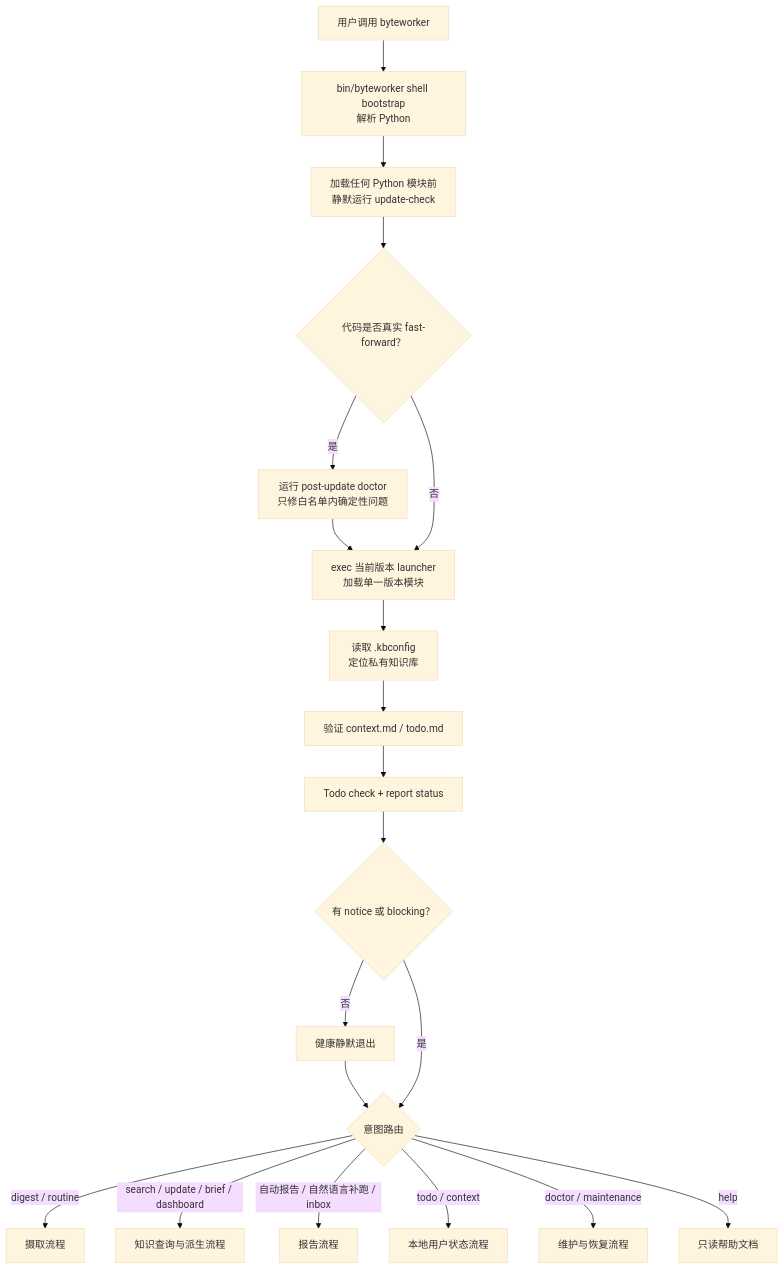
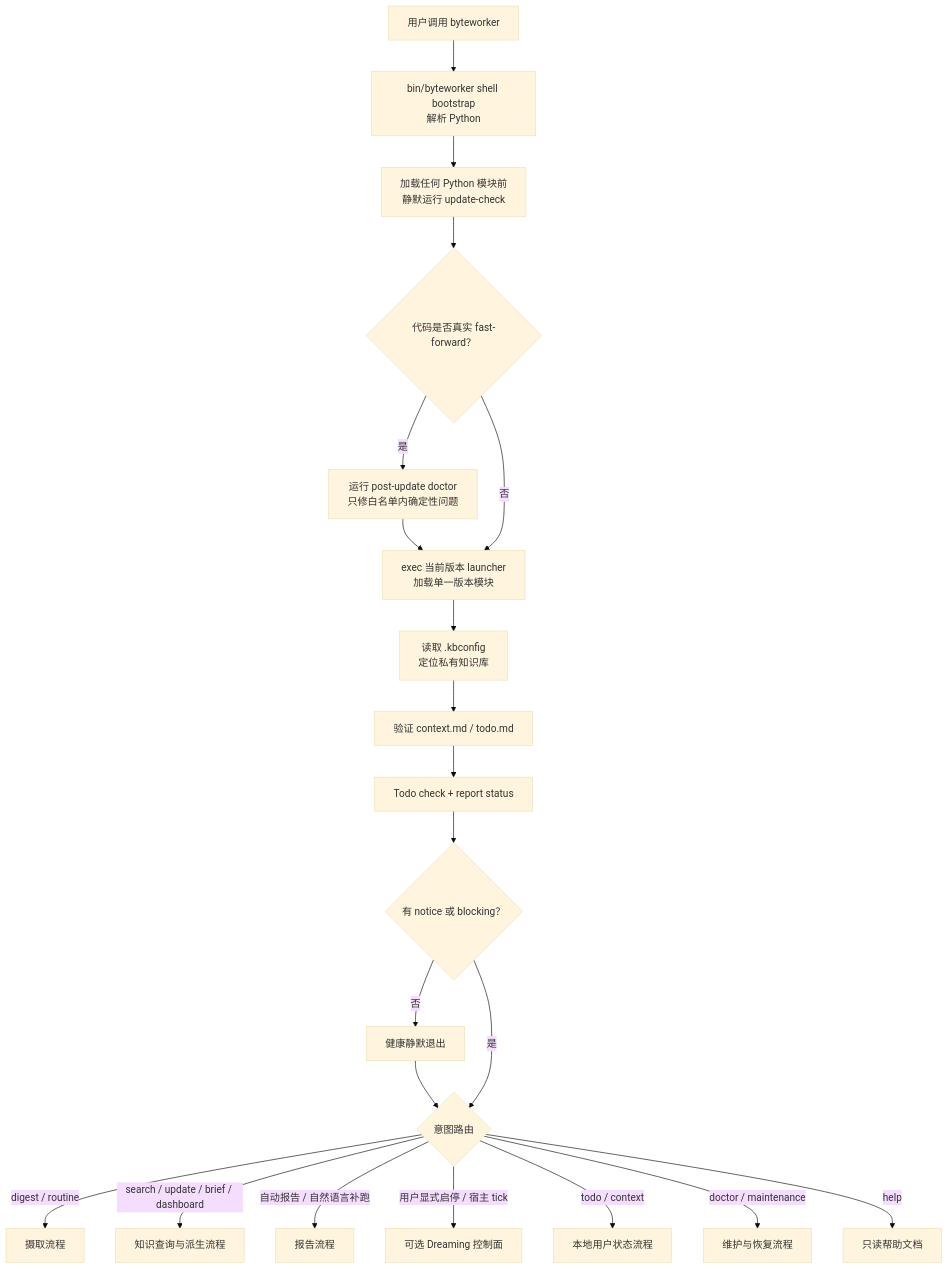
Before and after one commit to ranjiao/byteworker: the fourth of 19 diagrams in ARCHITECTURE.md, drawn with Mermaid (base theme). The commit also changed other lines of this file and 79 other files, not shown here.

````diff
--- a/ARCHITECTURE.md
+++ b/ARCHITECTURE.md
@@ -127,30 +127,31 @@
 ```mermaid
 flowchart TD
     I["用户调用 byteworker"]
     B["bin/byteworker shell bootstrap<br/>解析 Python"]
     U["加载任何 Python 模块前<br/>静默运行 update-check"]
     G{"代码是否真实 fast-forward？"}
     P["运行 post-update doctor<br/>只修白名单内确定性问题"]
     X["exec 当前版本 launcher<br/>加载单一版本模块"]
     K["读取 .kbconfig<br/>定位私有知识库"]
     C["验证 context.md / todo.md"]
     T["Todo check + report status"]
     N{"有 notice 或 blocking？"}
     Z["健康静默退出"]
     R{"意图路由"}
 
     I --> B --> U --> G
     G -->|"是"| P --> X
     G -->|"否"| X
     X --> K
     K --> C --> T --> N
     N -->|"否"| Z --> R
     N -->|"是"| R
 
     R -->|"digest / routine"| D["摄取流程"]
     R -->|"search / update / brief / dashboard"| Q["知识查询与派生流程"]
-    R -->|"自动报告 / 自然语言补跑 / inbox"| W["报告流程"]
+    R -->|"自动报告 / 自然语言补跑"| W["报告流程"]
+    R -->|"用户显式启停 / 宿主 tick"| DR["可选 Dreaming 控制面"]
     R -->|"todo / context"| L["本地用户状态流程"]
     R -->|"doctor / maintenance"| M["维护与恢复流程"]
     R -->|"help"| H["只读帮助文档"]
 ```
````
